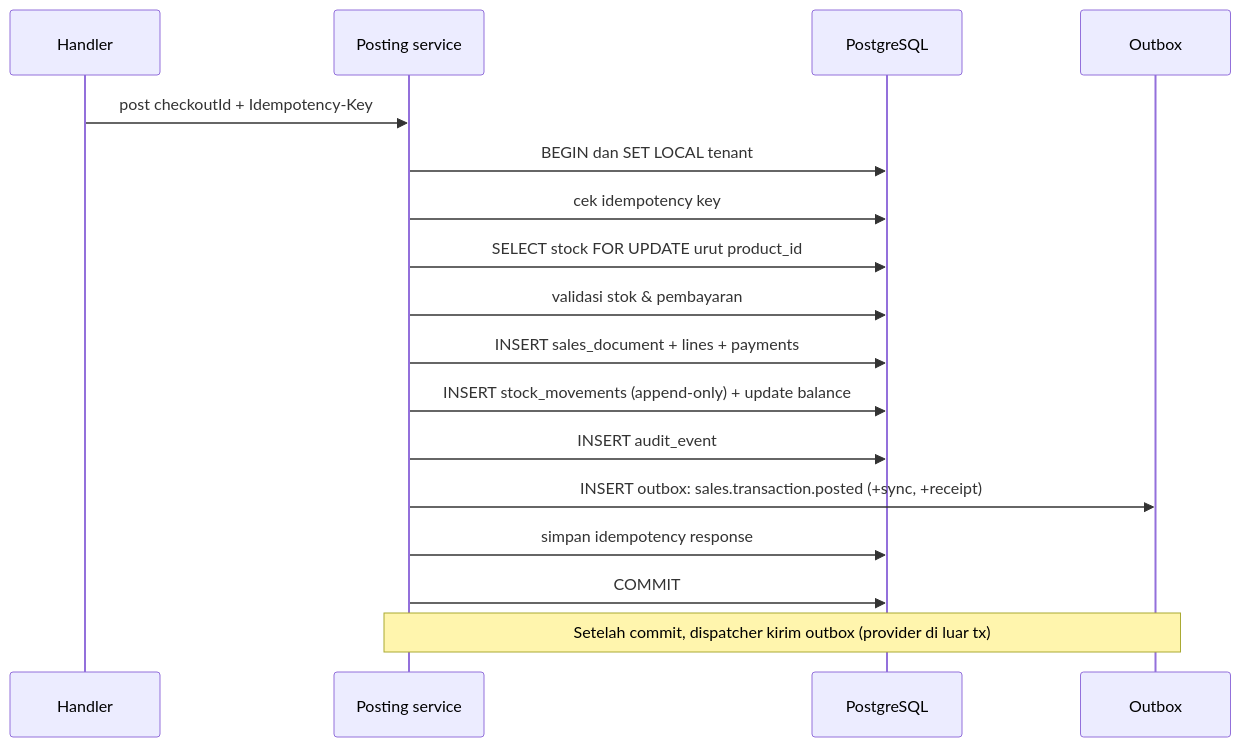
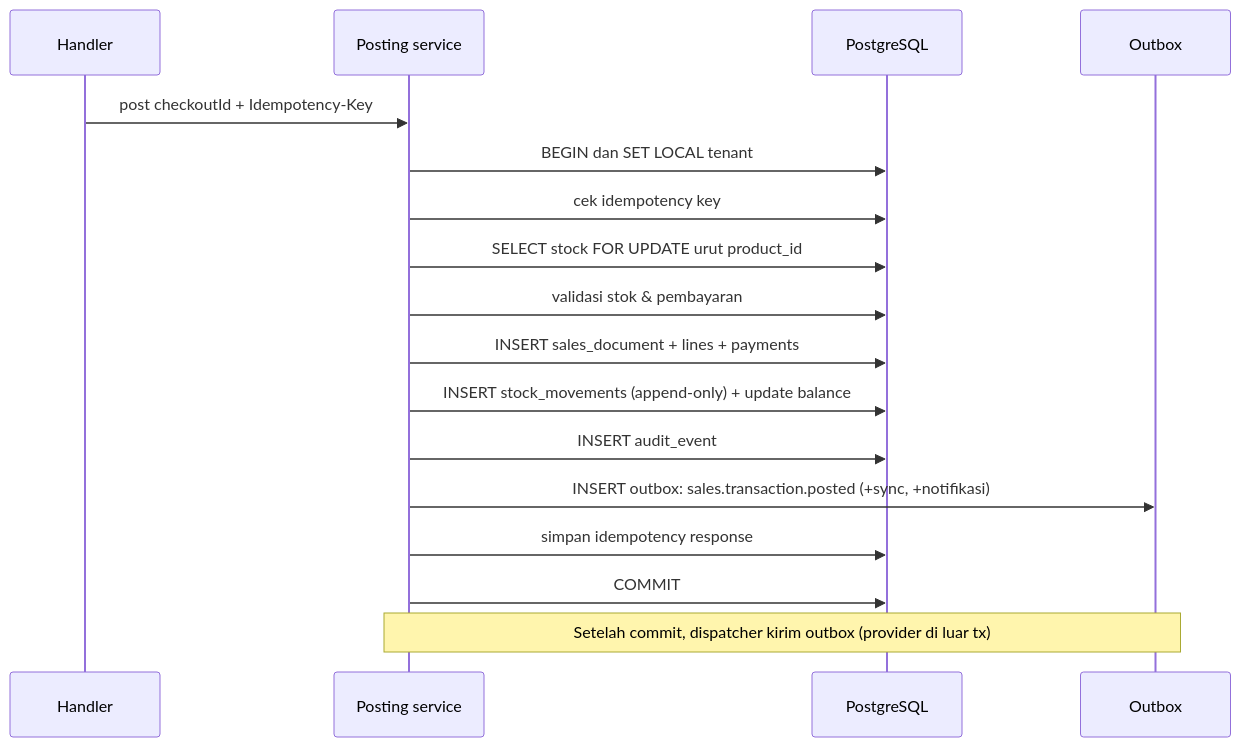
One commit to ahliweb/awcms-micro changed the second of 5 diagrams in docs/awcms-micro/16_backend_data_access_integration.md. Above: the diagram before and after it, drawn with Mermaid. The commit also changed other lines of this file and 24 other files, not shown here.

````diff
--- a/docs/awcms-micro/16_backend_data_access_integration.md
+++ b/docs/awcms-micro/16_backend_data_access_integration.md
@@ -103,19 +103,19 @@
 ```mermaid
 sequenceDiagram
   participant API as Handler
   participant Svc as Posting service
   participant DB as PostgreSQL
   participant OB as Outbox
   API->>Svc: post checkoutId + Idempotency-Key
   Svc->>DB: BEGIN dan SET LOCAL tenant
   Svc->>DB: cek idempotency key
   Svc->>DB: SELECT stock FOR UPDATE urut product_id
   Svc->>DB: validasi stok & pembayaran
   Svc->>DB: INSERT sales_document + lines + payments
   Svc->>DB: INSERT stock_movements (append-only) + update balance
   Svc->>DB: INSERT audit_event
-  Svc->>OB: INSERT outbox: sales.transaction.posted (+sync, +receipt)
+  Svc->>OB: INSERT outbox: sales.transaction.posted (+sync, +notifikasi)
   Svc->>DB: simpan idempotency response
   Svc->>DB: COMMIT
   Note over Svc,OB: Setelah commit, dispatcher kirim outbox (provider di luar tx)
 ```
````
